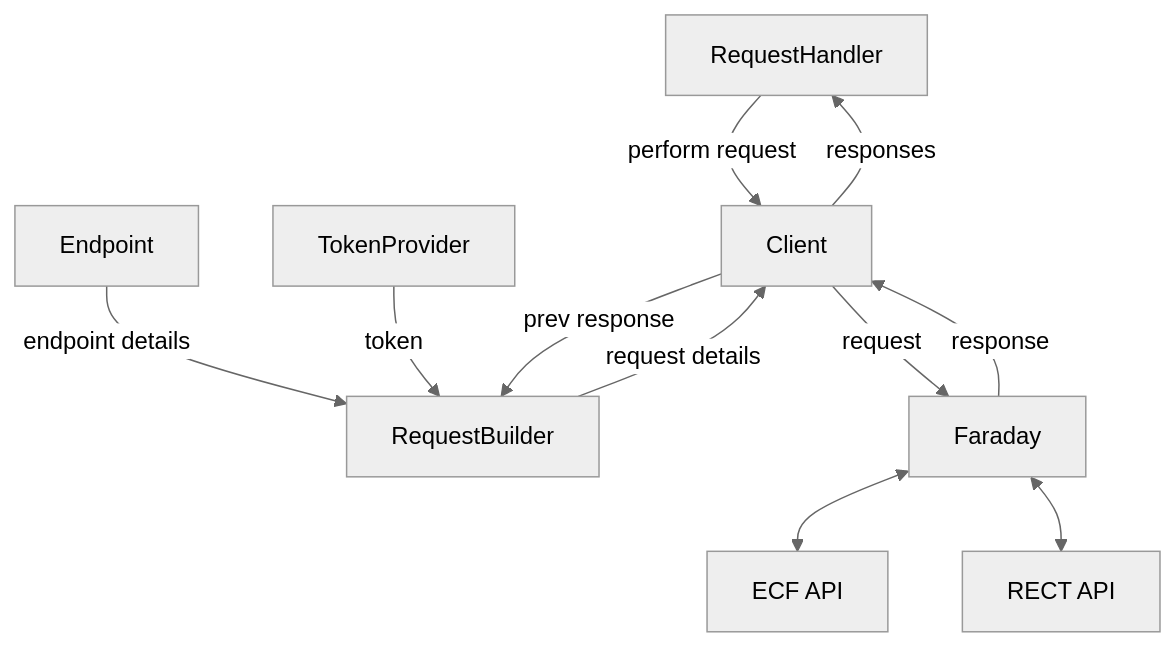
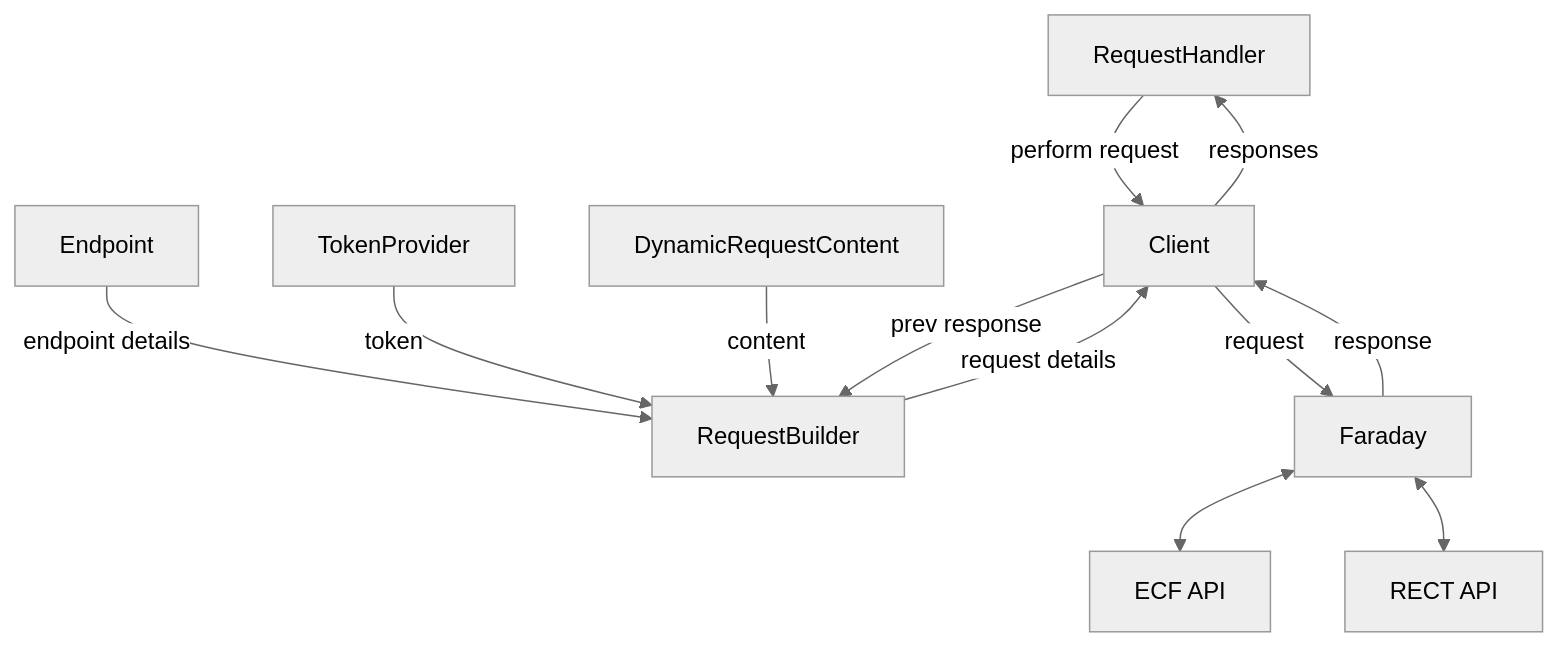
One commit to DFE-Digital/register-early-career-teachers-public changed the fifth of 5 diagrams in documentation/parity-check.md. Above: the diagram before and after it, drawn with Mermaid (neutral theme). The commit also changed other lines of this file and 4 other files, not shown here.

First line of the commit message:
Extract dynamic request content from RequestBuilder

````diff
--- a/documentation/parity-check.md
+++ b/documentation/parity-check.md
@@ -145,27 +146,29 @@
 ```mermaid
 flowchart TD
 
   RequestHandler["RequestHandler"]
   Client["Client"]
   RequestBuilder["RequestBuilder"]
   Endpoint["Endpoint"]
+  DynamicRequestContent["DynamicRequestContent"]
   TokenProvider["TokenProvider"]
   Faraday["Faraday"]
   RECTAPI["RECT API"]
   ECFAPI["ECF API"]
 
   RequestHandler -->|perform request| Client
   Client -->|responses| RequestHandler
 
   RequestBuilder -->|request details| Client
   Endpoint -->|endpoint details| RequestBuilder
   TokenProvider -->|token| RequestBuilder
+  DynamicRequestContent -->|content| RequestBuilder
 
   Client -->|request| Faraday
   Faraday -->|response| Client
   Client -->|prev response| RequestBuilder
 
 
   Faraday <--> ECFAPI
   Faraday <--> RECTAPI
 ```
````
